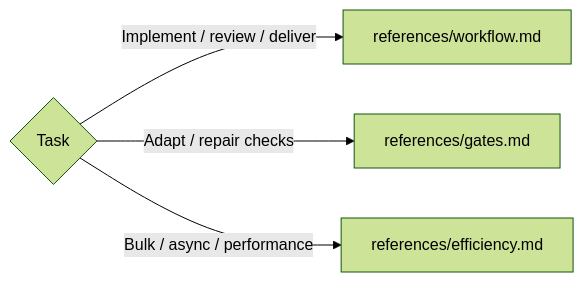
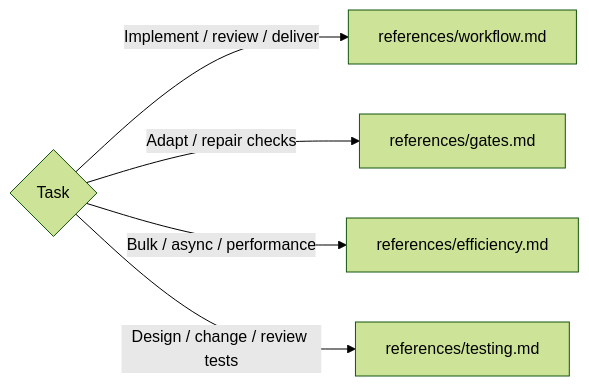
The diagram in .agents/skills/he/SKILL.md (sgaabdu4/hard-eng), drawn with Mermaid (forest theme) before and after one commit. The commit also changed 2 other files, not shown here.

Commit message:
Enhance code review documentation and add test design guidelines

````diff
--- a/.agents/skills/he/SKILL.md
+++ b/.agents/skills/he/SKILL.md
@@ -10,9 +10,11 @@
 ```mermaid
 flowchart LR
   T{Task} -->|Implement / review / deliver| W[references/workflow.md]
   T -->|Adapt / repair checks| G[references/gates.md]
   T -->|Bulk / async / performance| E[references/efficiency.md]
+  T -->|Design / change / review tests| Q[references/testing.md]
   click W "references/workflow.md"
   click G "references/gates.md"
   click E "references/efficiency.md"
+  click Q "references/testing.md"
 ```
````
